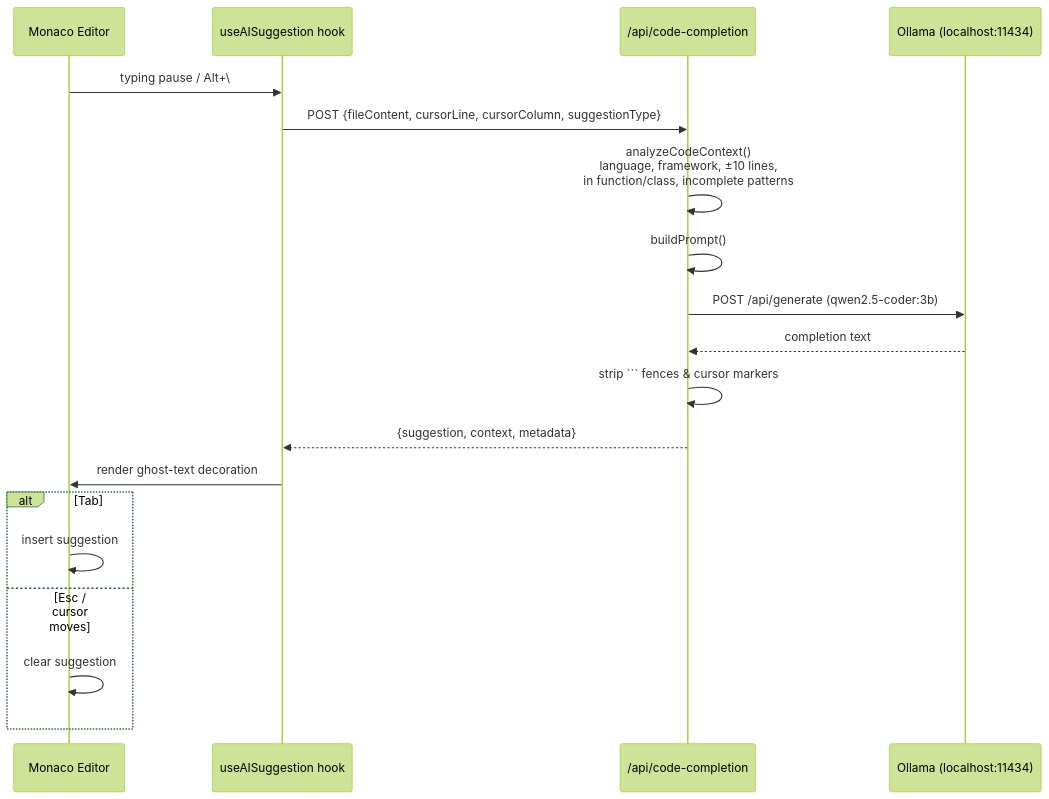
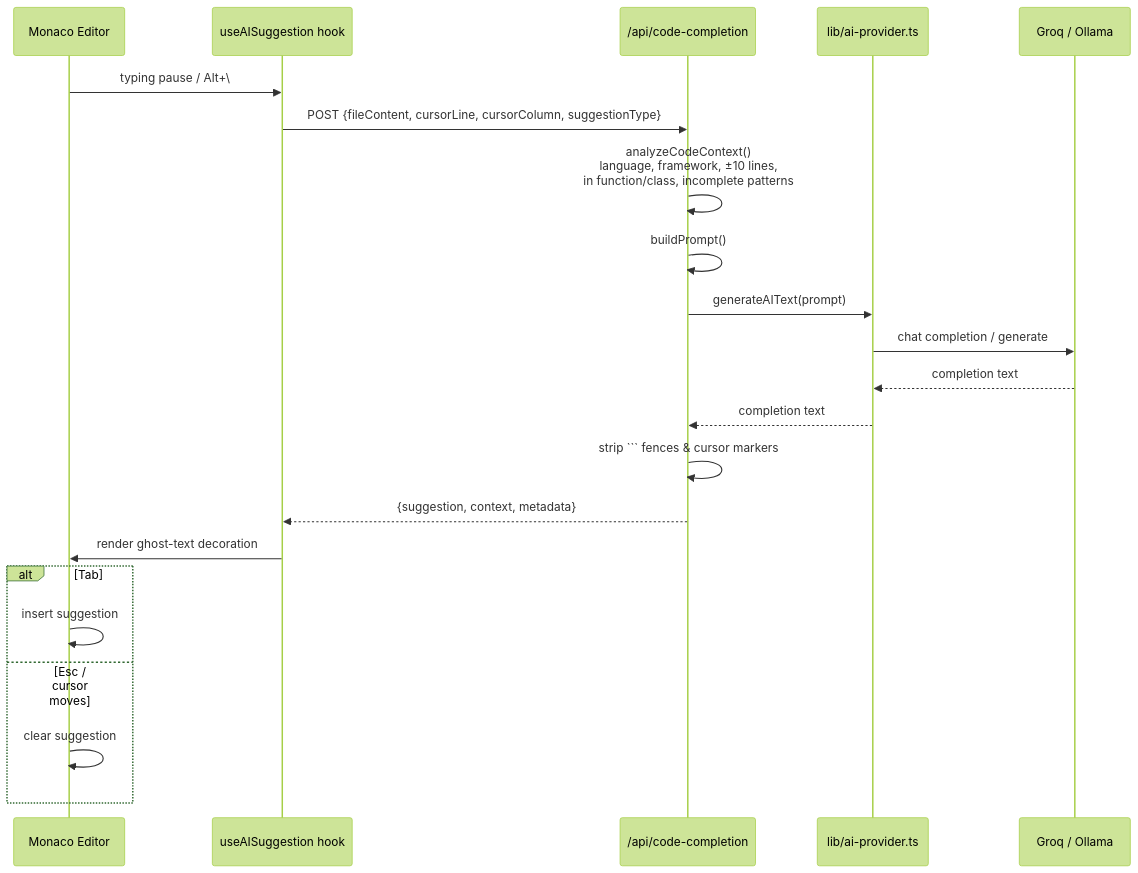
One commit to yash9359/CodeSphere-AI-Code-Editor changed the fifth of 7 diagrams in README.md. Above: the diagram before and after it, drawn with Mermaid (forest theme). The commit also changed other lines of this file, not shown here.

````diff
--- a/README.md
+++ b/README.md
@@ -195,22 +219,25 @@
 ```mermaid
 sequenceDiagram
     participant E as Monaco Editor
     participant H as useAISuggestion hook
     participant API as /api/code-completion
-    participant O as Ollama (localhost:11434)
+    participant P as lib/ai-provider.ts
+    participant M as Groq / Ollama
 
     E->>H: typing pause / Alt+\
     H->>API: POST {fileContent, cursorLine, cursorColumn, suggestionType}
     API->>API: analyzeCodeContext()<br/>language, framework, ±10 lines,<br/>in function/class, incomplete patterns
     API->>API: buildPrompt()
-    API->>O: POST /api/generate (qwen2.5-coder:3b)
-    O-->>API: completion text
+    API->>P: generateAIText(prompt)
+    P->>M: chat completion / generate
+    M-->>P: completion text
+    P-->>API: completion text
     API->>API: strip ``` fences & cursor markers
     API-->>H: {suggestion, context, metadata}
     H->>E: render ghost-text decoration
     alt Tab
         E->>E: insert suggestion
     else Esc / cursor moves
         E->>E: clear suggestion
     end
 ```
````
